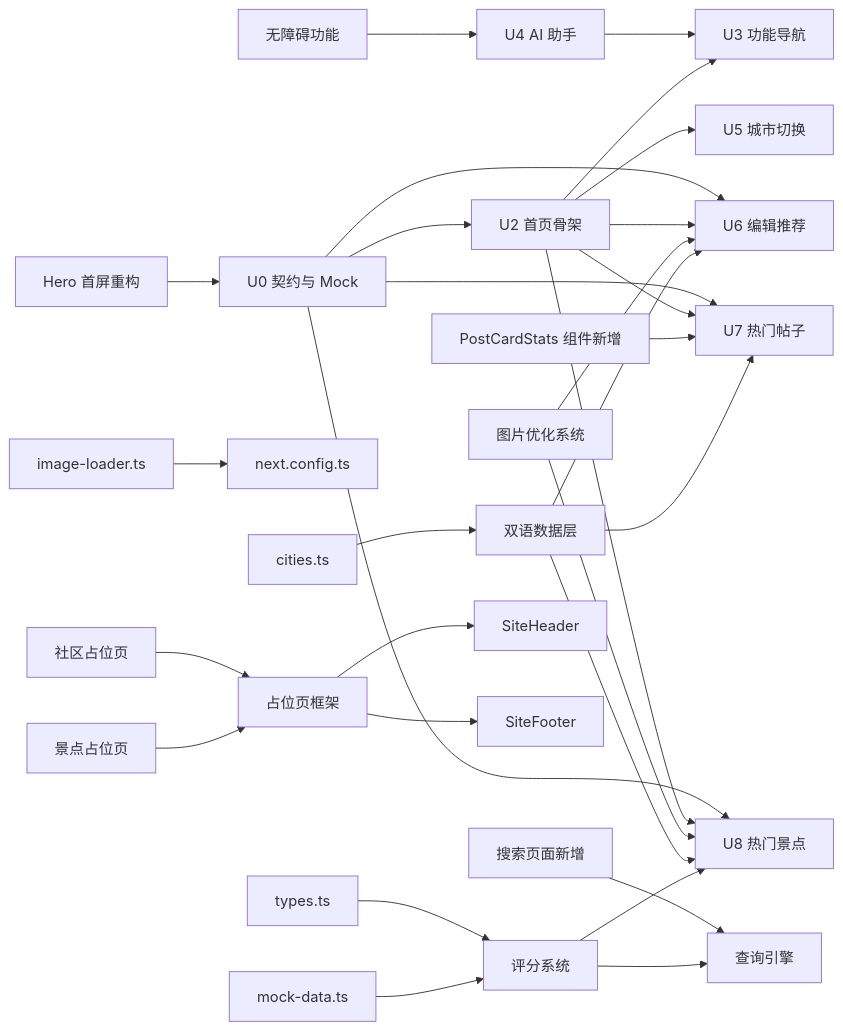
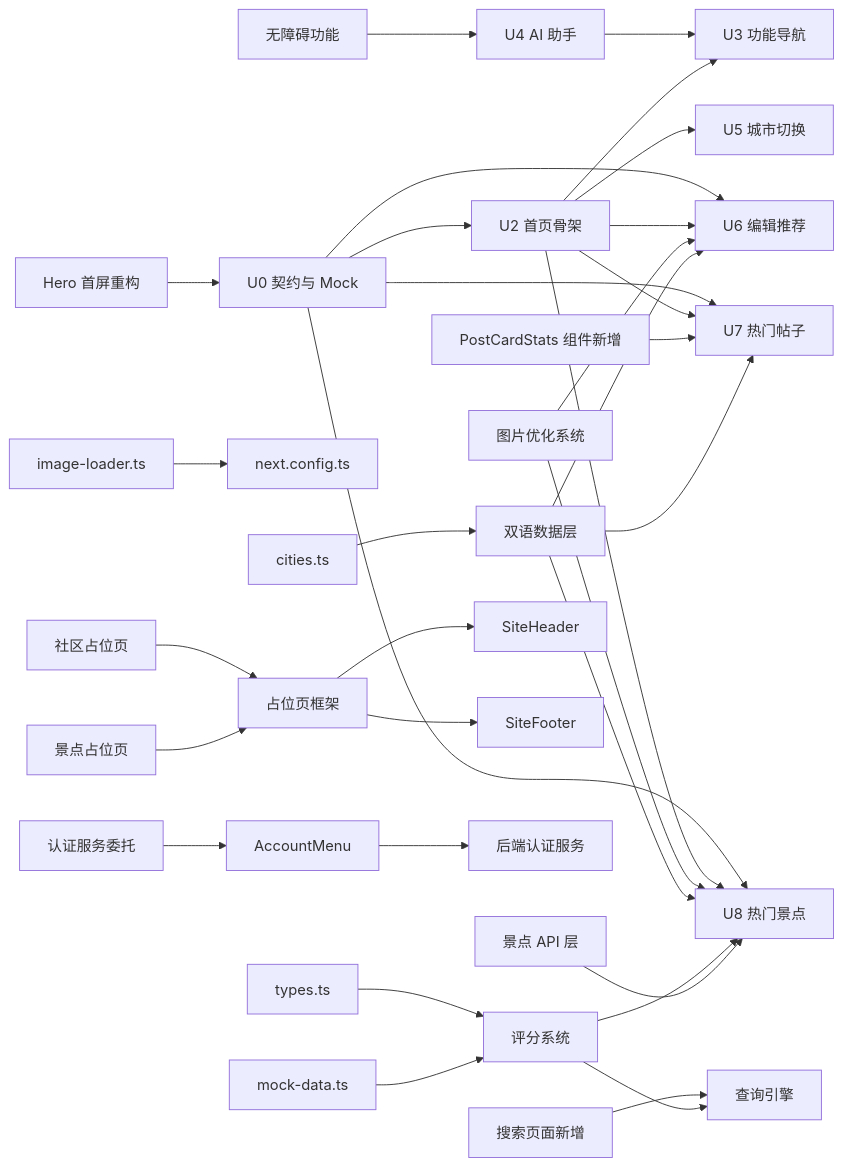
One commit to luyitiger6/my-first-project changed diagram 19 of 19 in .qoder/repowiki/zh/content/规格驱动开发/WanderChain 首页规格文档/WanderChain 首页规格文档.md. Above: the diagram before and after it, drawn with Mermaid. The commit also changed other lines of this file and 36 other files, not shown here.

````diff
--- a/.qoder/repowiki/zh/content/规格驱动开发/WanderChain 首页规格文档/WanderChain 首页规格文档.md
+++ b/.qoder/repowiki/zh/content/规格驱动开发/WanderChain 首页规格文档/WanderChain 首页规格文档.md
@@ -771,32 +870,35 @@
 ```mermaid
 graph LR
 U0["U0 契约与 Mock"] --> U2["U2 首页骨架"]
 U0 --> U6["U6 编辑推荐"]
 U0 --> U7["U7 热门帖子"]
 U0 --> U8["U8 热门景点"]
 U4["U4 AI 助手"] --> U3["U3 功能导航"]
 U2 --> U3
 U2 --> U5["U5 城市切换"]
 U2 --> U6
 U2 --> U7
 U2 --> U8
 Hero["Hero 首屏重构"] --> U0
 Search["搜索页面新增"] --> Query["查询引擎"]
 Accessibility["无障碍功能"] --> U4
 PostCardStats["PostCardStats 组件新增"] --> U7
 ImageOpt["图片优化系统"] --> U6
 ImageOpt --> U8
 Loader["image-loader.ts"] --> Config["next.config.ts"]
 Bilingual["双语数据层"] --> U6
 Bilingual --> U7
 Bilingual --> U8
 RatingSystem["评分系统"] --> U8
 RatingSystem --> Query
 Cities["cities.ts"] --> Bilingual
 Types["types.ts"] --> RatingSystem
 MockData["mock-data.ts"] --> RatingSystem
 Placeholder["占位页框架"] --> SiteHeader
 Placeholder --> SiteFooter
 CommunityPage["社区占位页"] --> Placeholder
 AttractionsPage["景点占位页"] --> Placeholder
+AttractionsAPI["景点 API 层"] --> U8
+AuthService["认证服务委托"] --> AccountMenu
+AccountMenu --> BackendAuth["后端认证服务"]
 ```
````
